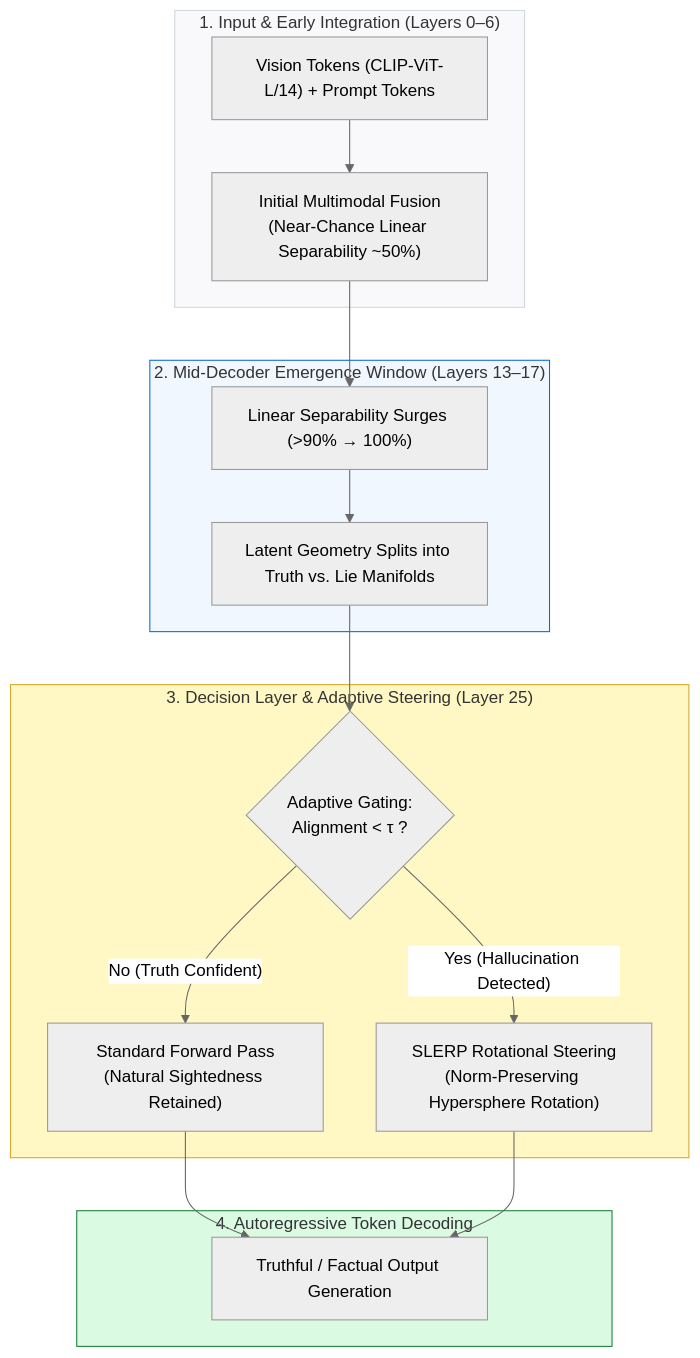
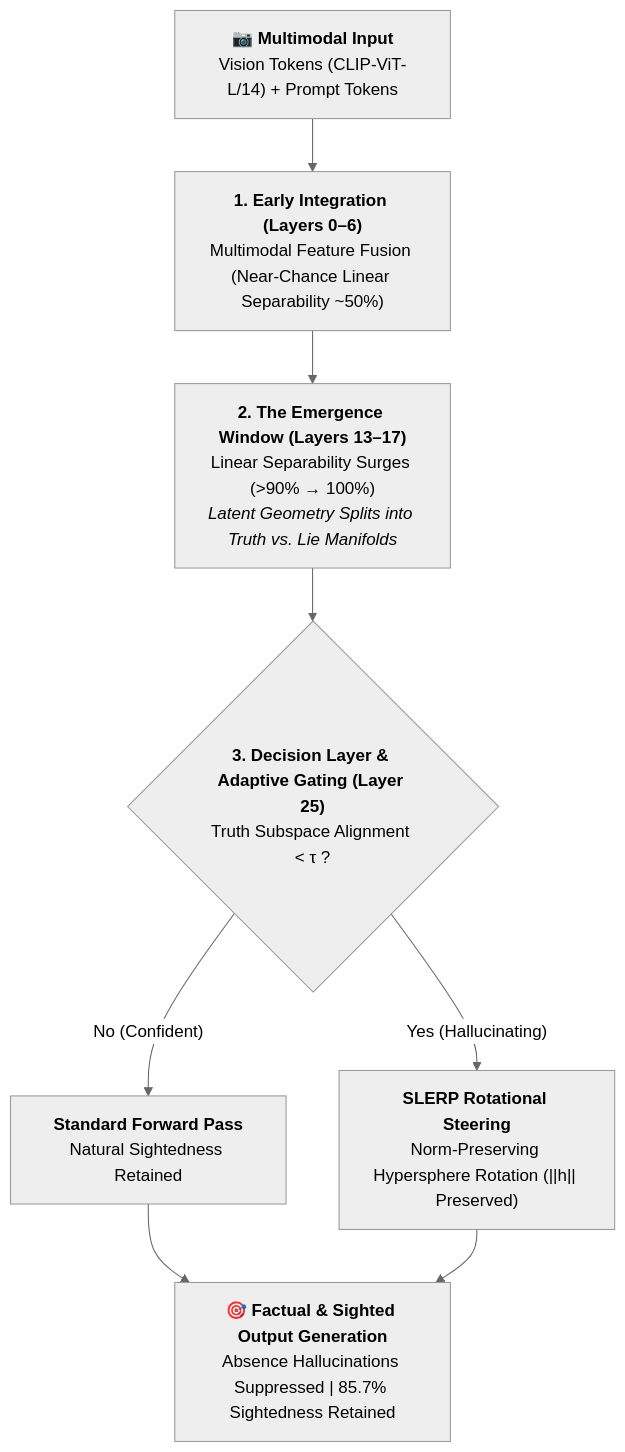
The diagram in README.md (basavarajnaduvinamani/DA5410-Winter-Project), drawn with Mermaid (neutral theme) before and after one commit.

Commit message:
docs: optimize Mermaid flowchart for GitHub Dark Mode and seamless vertical alignment

````diff
--- a/README.md
+++ b/README.md
@@ -28,31 +28,23 @@
 ```mermaid
 flowchart TD
-    subgraph Phase1 ["1. Input & Early Integration (Layers 0–6)"]
-        A["Vision Tokens (CLIP-ViT-L/14) + Prompt Tokens"] --> B["Initial Multimodal Fusion
-(Near-Chance Linear Separability ~50%)"]
-    end
+    A["📷 <b>Multimodal Input</b><br/>Vision Tokens (CLIP-ViT-L/14) + Prompt Tokens"]
+    
+    B["<b>1. Early Integration (Layers 0–6)</b><br/>Multimodal Feature Fusion (Near-Chance Linear Separability ~50%)"]
+    
+    C["<b>2. The Emergence Window (Layers 13–17)</b><br/>Linear Separability Surges (>90% → 100%)<br/><i>Latent Geometry Splits into Truth vs. Lie Manifolds</i>"]
+    
+    D{"<b>3. Decision Layer & Adaptive Gating (Layer 25)</b><br/>Truth Subspace Alignment < τ ?"}
+    
+    E["<b>Standard Forward Pass</b><br/>Natural Sightedness Retained"]
+    F["<b>SLERP Rotational Steering</b><br/>Norm-Preserving Hypersphere Rotation (||h|| Preserved)"]
+    
+    G["🎯 <b>Factual & Sighted Output Generation</b><br/>Absence Hallucinations Suppressed | 85.7% Sightedness Retained"]
 
-    subgraph Phase2 ["2. Mid-Decoder Emergence Window (Layers 13–17)"]
-        B --> C["Linear Separability Surges (>90% → 100%)"]
-        C --> D["Latent Geometry Splits into Truth vs. Lie Manifolds"]
-    end
-
-    subgraph Phase3 ["3. Decision Layer & Adaptive Steering (Layer 25)"]
-        D --> E{"Adaptive Gating:
-Alignment < τ ?"}
-        E -- "No (Truth Confident)" --> F["Standard Forward Pass
-(Natural Sightedness Retained)"]
-        E -- "Yes (Hallucination Detected)" --> G["SLERP Rotational Steering
-(Norm-Preserving Hypersphere Rotation)"]
-    end
-
-    subgraph Phase4 ["4. Autoregressive Token Decoding"]
-        F --> H["Truthful / Factual Output Generation"]
-        G --> H
-    end
-
-    style Phase1 fill:#f9f9fb,stroke:#d0d7de,stroke-width:1px
-    style Phase2 fill:#f0f7ff,stroke:#0969da,stroke-width:1px
-    style Phase3 fill:#fff8c5,stroke:#d4a72c,stroke-width:1px
-    style Phase4 fill:#dafbe1,stroke:#1a7f37,stroke-width:1px
+    A --> B
+    B --> C
+    C --> D
+    D -->|"No (Confident)"| E
+    D -->|"Yes (Hallucinating)"| F
+    E --> G
+    F --> G
 ```
````
